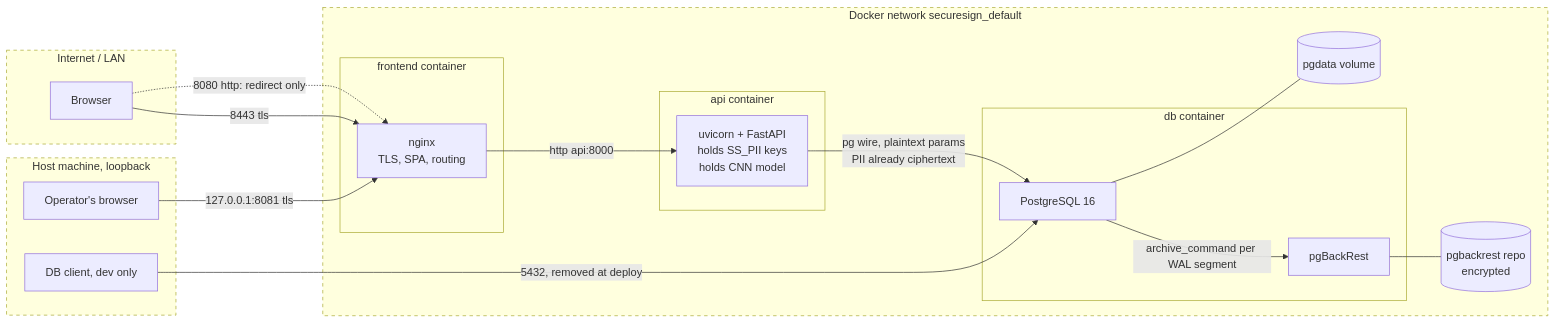
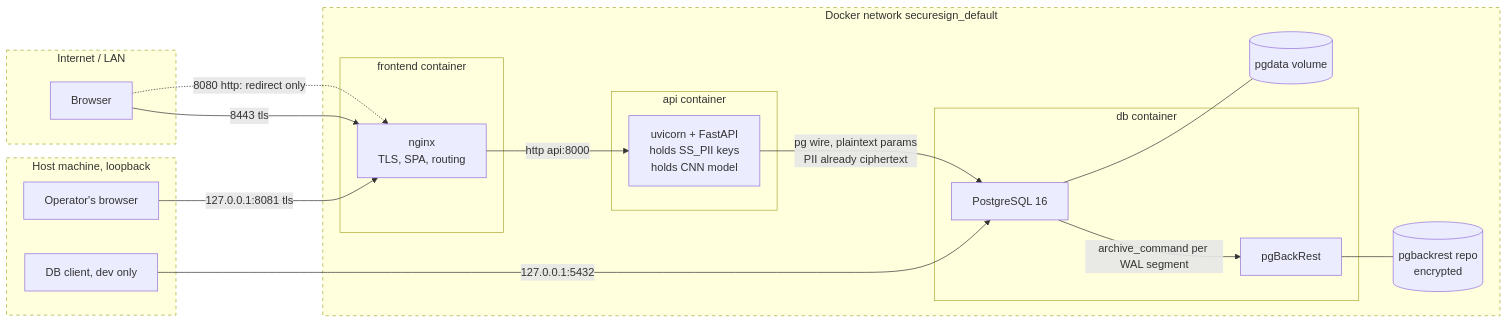
Before and after one commit to raz34900/SecureSign: the second of 7 diagrams in ARCHITECTURE.md, drawn with Mermaid. The commit also changed other lines of this file, not shown here.

Commit message:
docs: architecture nav and verify-flow fixes

````diff
--- a/ARCHITECTURE.md
+++ b/ARCHITECTURE.md
@@ -53,36 +68,36 @@
 ```mermaid
 flowchart LR
     subgraph internet["Internet / LAN"]
         B["Browser"]
     end
     subgraph host["Host machine, loopback"]
         OP["Operator's browser"]
         DBC["DB client, dev only"]
     end
     subgraph docker["Docker network securesign_default"]
         subgraph FE["frontend container"]
             NG["nginx<br/>TLS, SPA, routing"]
         end
         subgraph API["api container"]
             UV["uvicorn + FastAPI<br/>holds SS_PII keys<br/>holds CNN model"]
         end
         subgraph DB["db container"]
             PG["PostgreSQL 16"]
             PBR["pgBackRest"]
         end
         VOL1[("pgdata volume")]
         VOL2[("pgbackrest repo<br/>encrypted")]
     end
     B -->|"8443 tls"| NG
     B -.->|"8080 http: redirect only"| NG
     OP -->|"127.0.0.1:8081 tls"| NG
-    DBC -->|"5432, removed at deploy"| PG
+    DBC -->|"127.0.0.1:5432"| PG
     NG -->|"http api:8000"| UV
     UV -->|"pg wire, plaintext params<br/>PII already ciphertext"| PG
     PG -->|"archive_command per WAL segment"| PBR
     PG --- VOL1
     PBR --- VOL2
     style internet stroke-dasharray: 5 5
     style host stroke-dasharray: 5 5
     style docker stroke-dasharray: 5 5
 ```
````
